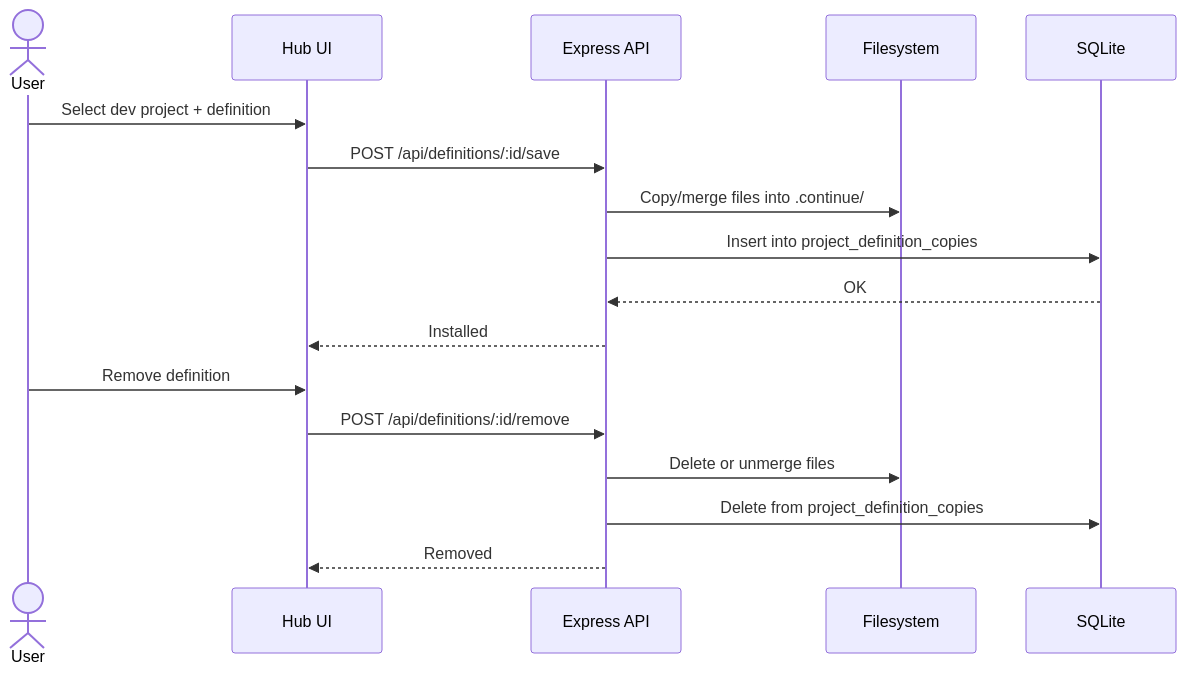
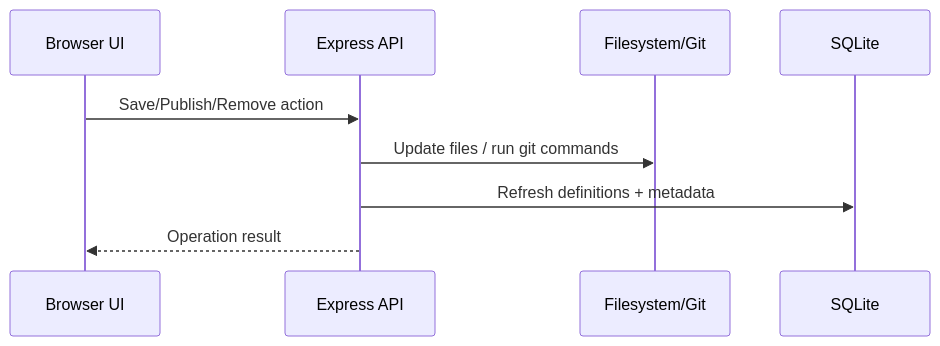
The second of 2 diagrams in docs/architecture.md (shaybc/dcc), drawn with Mermaid before and after one commit. The commit also changed other lines of this file and 7 other files, not shown here.

````diff
--- a/docs/architecture.md
+++ b/docs/architecture.md
@@ -155,21 +65,12 @@
 ```mermaid
 sequenceDiagram
-  actor User
-  participant Hub as Hub UI
+  participant UI as Browser UI
   participant API as Express API
-  participant FS as Filesystem
+  participant FS as Filesystem/Git
   participant DB as SQLite
 
-  User->>Hub: Select dev project + definition
-  Hub->>API: POST /api/definitions/:id/save
-  API->>FS: Copy/merge files into .continue/
-  API->>DB: Insert into project_definition_copies
-  DB-->>API: OK
-  API-->>Hub: Installed
-
-  User->>Hub: Remove definition
-  Hub->>API: POST /api/definitions/:id/remove
-  API->>FS: Delete or unmerge files
-  API->>DB: Delete from project_definition_copies
-  API-->>Hub: Removed
+  UI->>API: Save/Publish/Remove action
+  API->>FS: Update files / run git commands
+  API->>DB: Refresh definitions + metadata
+  API-->>UI: Operation result
 ```
````
